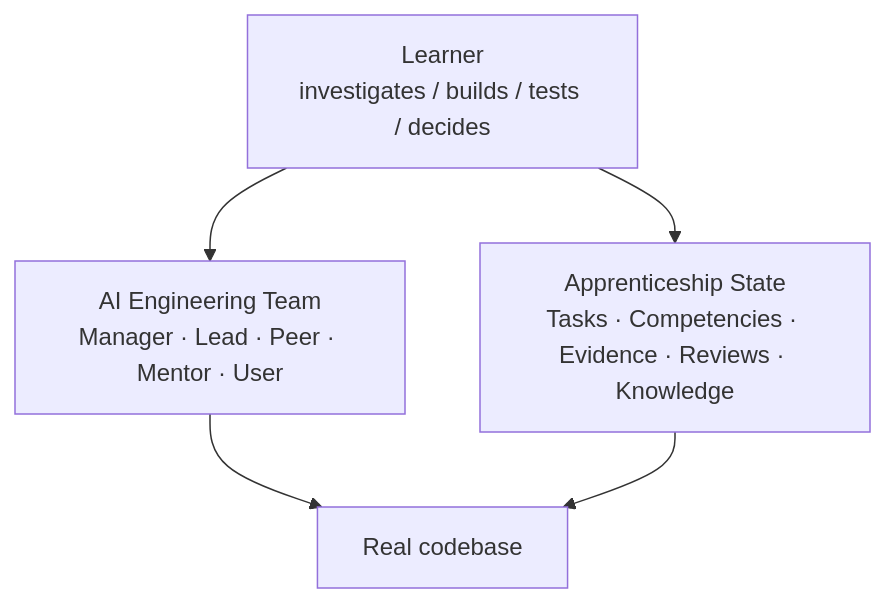
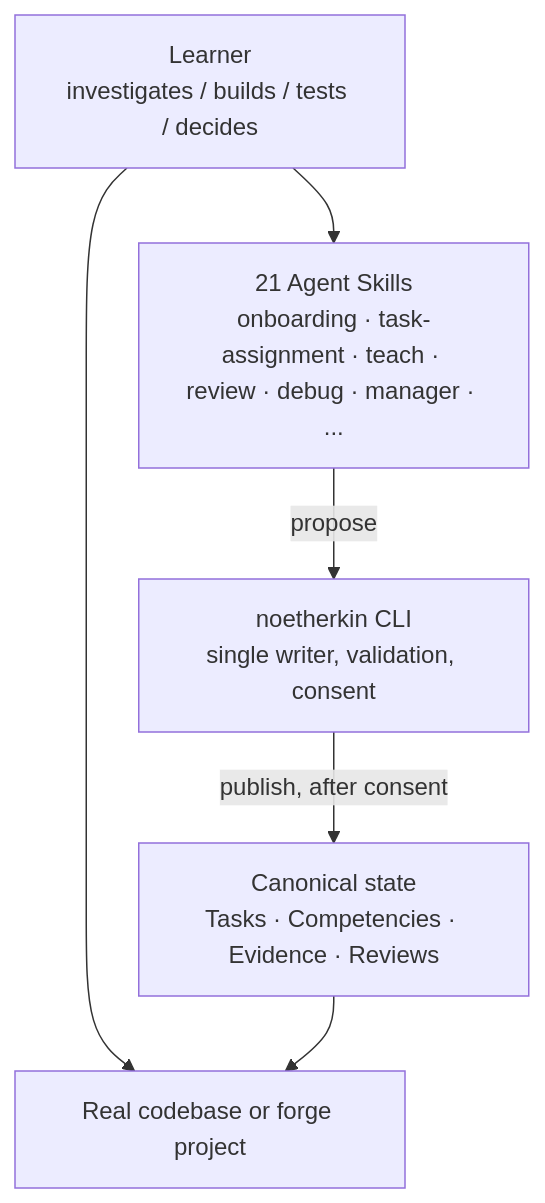
Before and after one commit to nanaagyei/nana-site: the first of 5 diagrams in content/writing/noetherkin-architecture-notes.mdx, drawn with Mermaid. The commit also changed other lines of this file and 9 other files, not shown here.

First line of the commit message:
Update noetherkin writing for its current CLI architecture, add it as a project, and expand the bookshelf

````diff
--- a/content/writing/noetherkin-architecture-notes.mdx
+++ b/content/writing/noetherkin-architecture-notes.mdx
@@ -20,12 +22,14 @@
 ```mermaid
-%% Learner, team, apprenticeship state, and codebase
+%% Learner, skills, canonical state, and codebase
 flowchart TB
   learner["Learner\ninvestigates / builds / tests / decides"]
-  team["AI Engineering Team\nManager · Lead · Peer · Mentor · User"]
-  state["Apprenticeship State\nTasks · Competencies · Evidence · Reviews · Knowledge"]
-  codebase["Real codebase"]
-  learner --> team
-  learner --> state
-  team --> codebase
+  skills["21 Agent Skills\nonboarding · task-assignment · teach · review · debug · manager · ..."]
+  cli["noetherkin CLI\nsingle writer, validation, consent"]
+  state["Canonical state\nTasks · Competencies · Evidence · Reviews"]
+  codebase["Real codebase or forge project"]
+  learner --> skills
+  skills -->|propose| cli
+  cli -->|publish, after consent| state
+  learner --> codebase
   state --> codebase
 ```
````
